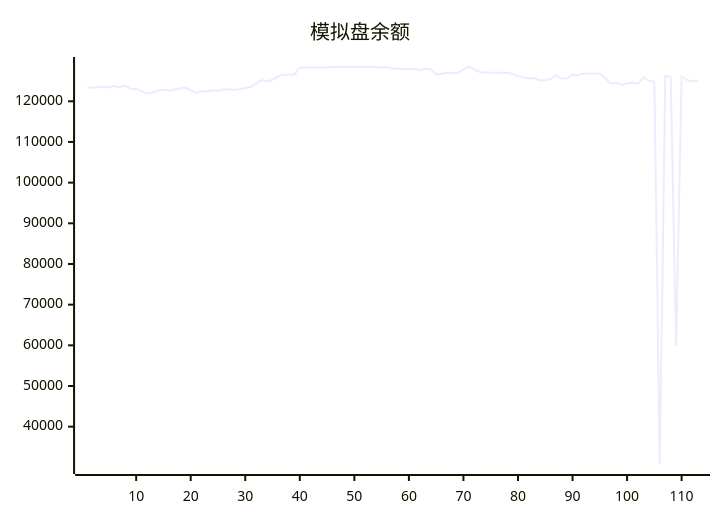
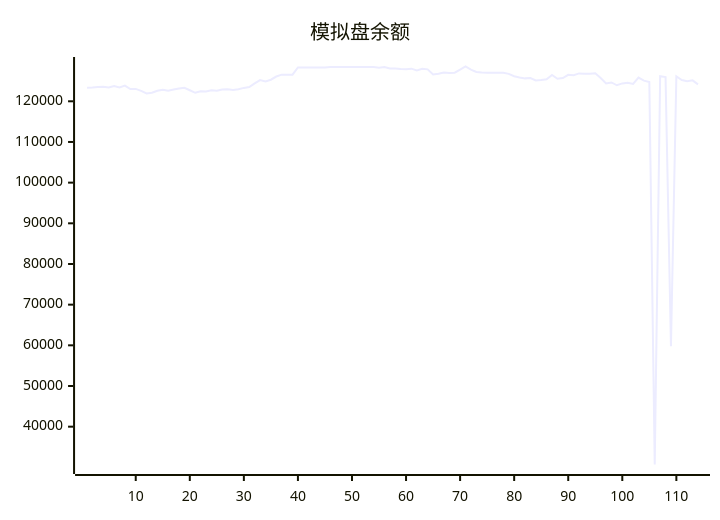
Before and after one commit to aahl/ai-trading: the diagram in README.md, drawn with Mermaid. The commit also changed other lines of this file and 1 other file, not shown here.

````diff
--- a/README.md
+++ b/README.md
@@ -5,5 +5,5 @@
 ```mermaid
 xychart
     title "模拟盘余额"
-    line [123338,123402,123530,123592,123378,123745,123413,123853,123009,123040,122557,121938,122095,122599,122856,122597,122898,123160,123319,122719,122087,122454,122416,122685,122592,122907,122961,122776,122981,123295,123507,124403,125224,124894,125303,126088,126544,126534,126549,128335,128318,128318,128318,128318,128318,128424,128424,128424,128424,128424,128424,128424,128424,128424,128247,128412,128062,128087,127917,127901,128026,127611,128000,127850,126572,126770,127100,126971,127029,127783,128554,127765,127224,127064,127044,127009,127025,127004,126738,126152,125871,125635,125707,125117,125217,125420,126480,125545,125715,126511,126424,126856,126764,126788,126890,125710,124381,124632,123936,124402,124574,124256,125833,125070,124739,30700,126154,125966,59800,126145,125213,124943,125143]
+    line [123338,123402,123530,123592,123378,123745,123413,123853,123009,123040,122557,121938,122095,122599,122856,122597,122898,123160,123319,122719,122087,122454,122416,122685,122592,122907,122961,122776,122981,123295,123507,124403,125224,124894,125303,126088,126544,126534,126549,128335,128318,128318,128318,128318,128318,128424,128424,128424,128424,128424,128424,128424,128424,128424,128247,128412,128062,128087,127917,127901,128026,127611,128000,127850,126572,126770,127100,126971,127029,127783,128554,127765,127224,127064,127044,127009,127025,127004,126738,126152,125871,125635,125707,125117,125217,125420,126480,125545,125715,126511,126424,126856,126764,126788,126890,125710,124381,124632,123936,124402,124574,124256,125833,125070,124739,30700,126154,125966,59800,126145,125213,124943,125143,124157]
 ```
````
